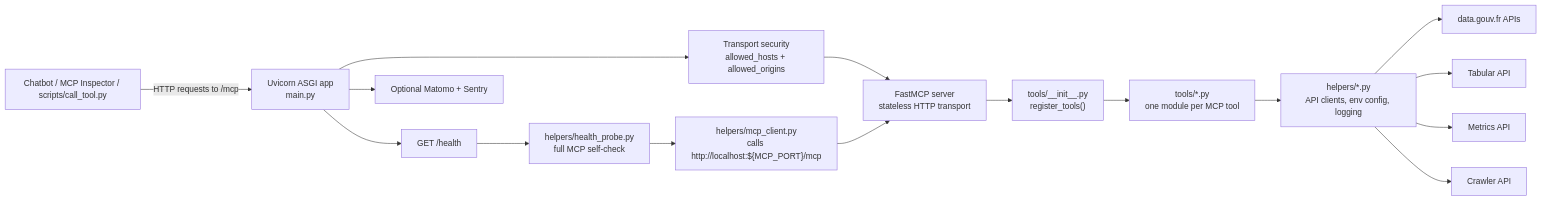
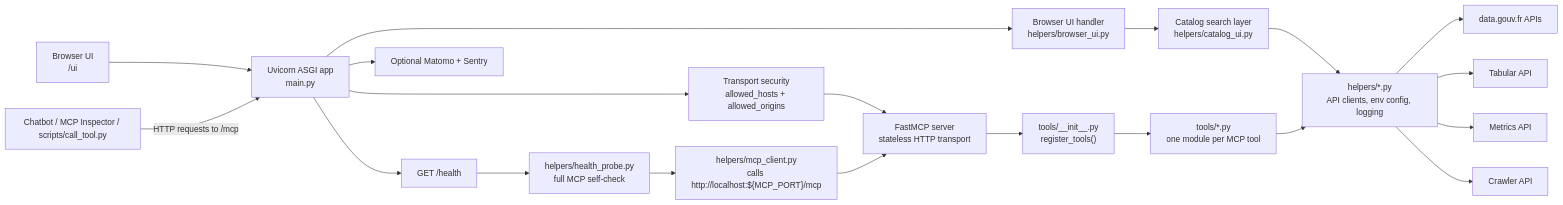
The diagram in README.md (paultessier/datagouv-mcp), drawn with Mermaid before and after one commit. The commit also changed other lines of this file and 13 other files, not shown here.

Commit message:
Add browser UI for catalog search and exports

````diff
--- a/README.md
+++ b/README.md
@@ -404,18 +424,22 @@
 ```mermaid
 flowchart LR
-    Client["Chatbot / MCP Inspector / scripts/call_tool.py"] -->|HTTP requests to /mcp| App["Uvicorn ASGI app<br/>main.py"]
+    Browser["Browser UI<br/>/ui"] --> App["Uvicorn ASGI app<br/>main.py"]
+    Client["Chatbot / MCP Inspector / scripts/call_tool.py"] -->|HTTP requests to /mcp| App
+    App --> UI["Browser UI handler<br/>helpers/browser_ui.py"]
+    UI --> Search["Catalog search layer<br/>helpers/catalog_ui.py"]
+    Search --> Helpers["helpers/*.py<br/>API clients, env config, logging"]
     App --> Security["Transport security<br/>allowed_hosts + allowed_origins"]
     Security --> FastMCP["FastMCP server<br/>stateless HTTP transport"]
     FastMCP --> Registry["tools/__init__.py<br/>register_tools()"]
     Registry --> Tools["tools/*.py<br/>one module per MCP tool"]
-    Tools --> Helpers["helpers/*.py<br/>API clients, env config, logging"]
+    Tools --> Helpers
     Helpers --> Datagouv["data.gouv.fr APIs"]
     Helpers --> Tabular["Tabular API"]
     Helpers --> Metrics["Metrics API"]
     Helpers --> Crawler["Crawler API"]
     App --> Health["GET /health"]
     Health --> Probe["helpers/health_probe.py<br/>full MCP self-check"]
     Probe --> InternalClient["helpers/mcp_client.py<br/>calls http://localhost:${MCP_PORT}/mcp"]
     InternalClient --> FastMCP
     App --> Observability["Optional Matomo + Sentry"]
 ```
````
